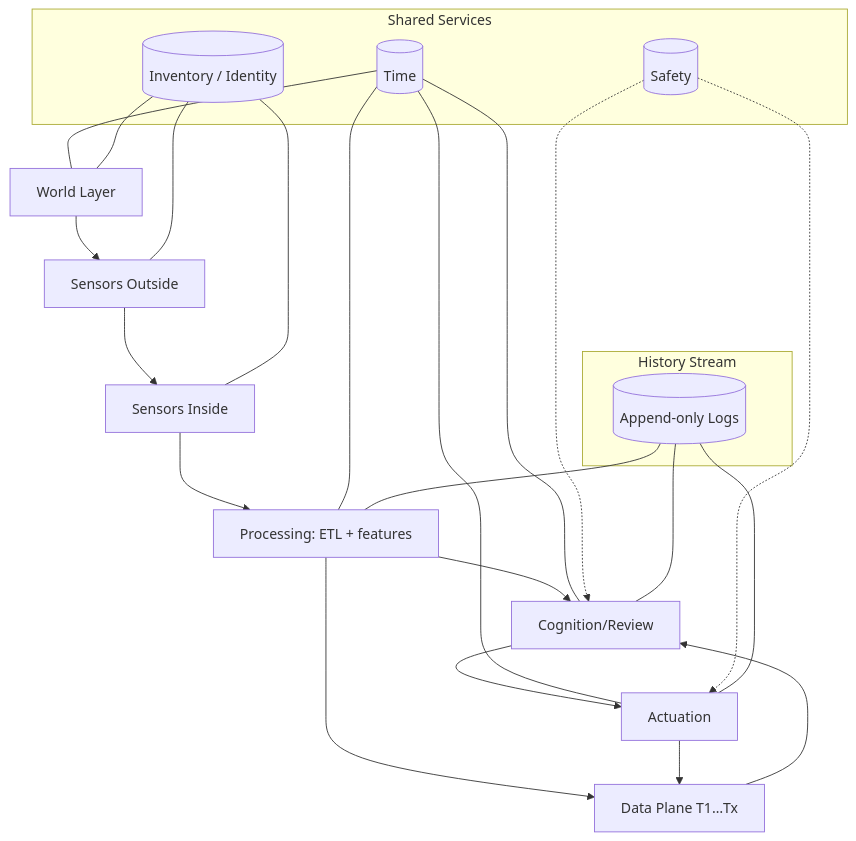
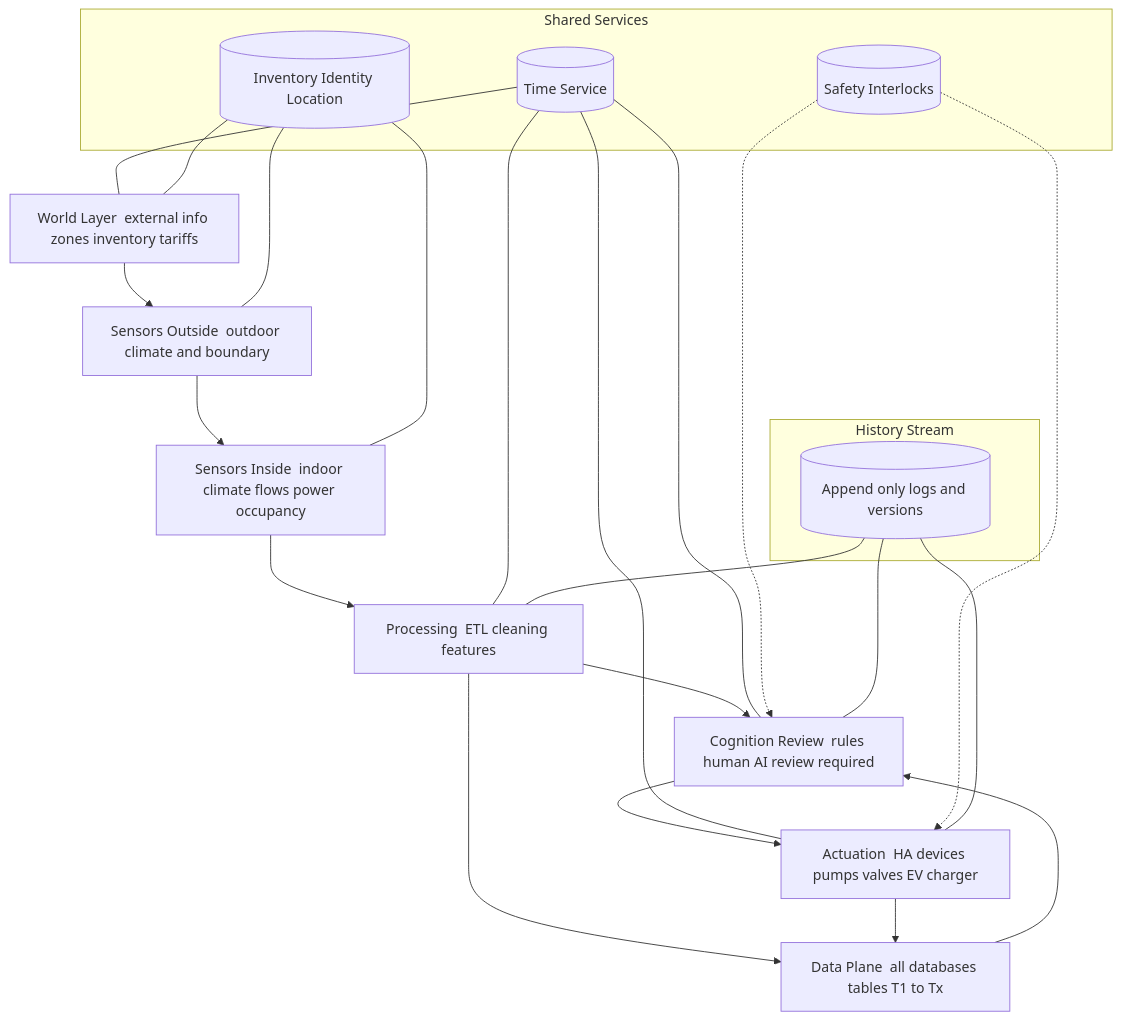
Before and after one commit to podesc/ha_guidance: the diagram in overview.mmd, drawn with Mermaid. The commit also changed other lines of this file, not shown here.

Commit message:
Refactor flowchart structure and labels in overview.mmd

```diff
--- a/overview.mmd
+++ b/overview.mmd
@@ -1,40 +1,39 @@
 flowchart TD
-
-  W[World Layer]
-  SO[Sensors Outside]
-  SI[Sensors Inside]
-  P[Processing: ETL + features]
-  C[Cognition/Review]
-  D[Data Plane T1…Tx]
-  A[Actuation]
+  W[World Layer  external info zones inventory tariffs]
+  SO[Sensors Outside  outdoor climate and boundary]
+  SI[Sensors Inside  indoor climate flows power occupancy]
+  P[Processing  ETL cleaning features]
+  C[Cognition Review  rules human AI review required]
+  D[Data Plane  all databases tables T1 to Tx]
+  A[Actuation  HA devices pumps valves EV charger]
 
   W --> SO --> SI --> P --> C --> A
   P --> D
   A --> D
   D --> C
 
-  subgraph Services[Shared Services]
-    T[(Time)]
-    S[(Safety)]
-    I[(Inventory / Identity)]
+  subgraph SharedServices [Shared Services]
+    T[(Time Service)]
+    S[(Safety Interlocks)]
+    I[(Inventory Identity Location)]
   end
 
   T --- W
   T --- P
   T --- C
   T --- A
 
+  S -.-> C
   S -.-> A
-  S -.-> C
 
+  I --- W
   I --- SO
   I --- SI
-  I --- W
 
-  subgraph Hist[History Stream]
-    H[(Append-only Logs)]
+  subgraph Hist [History Stream]
+    H[(Append only logs and versions)]
   end
 
   H --- P
   H --- C
   H --- A
```
